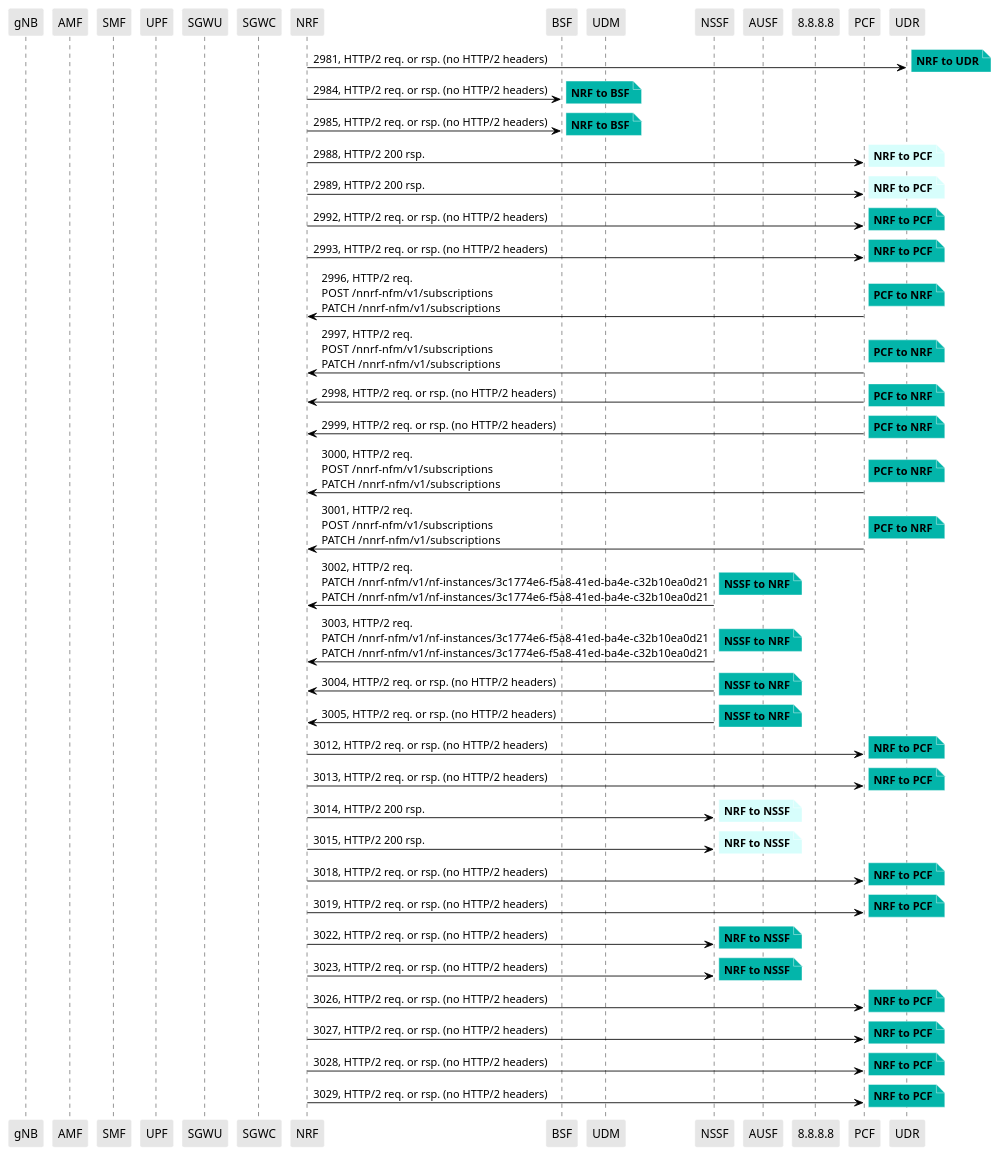
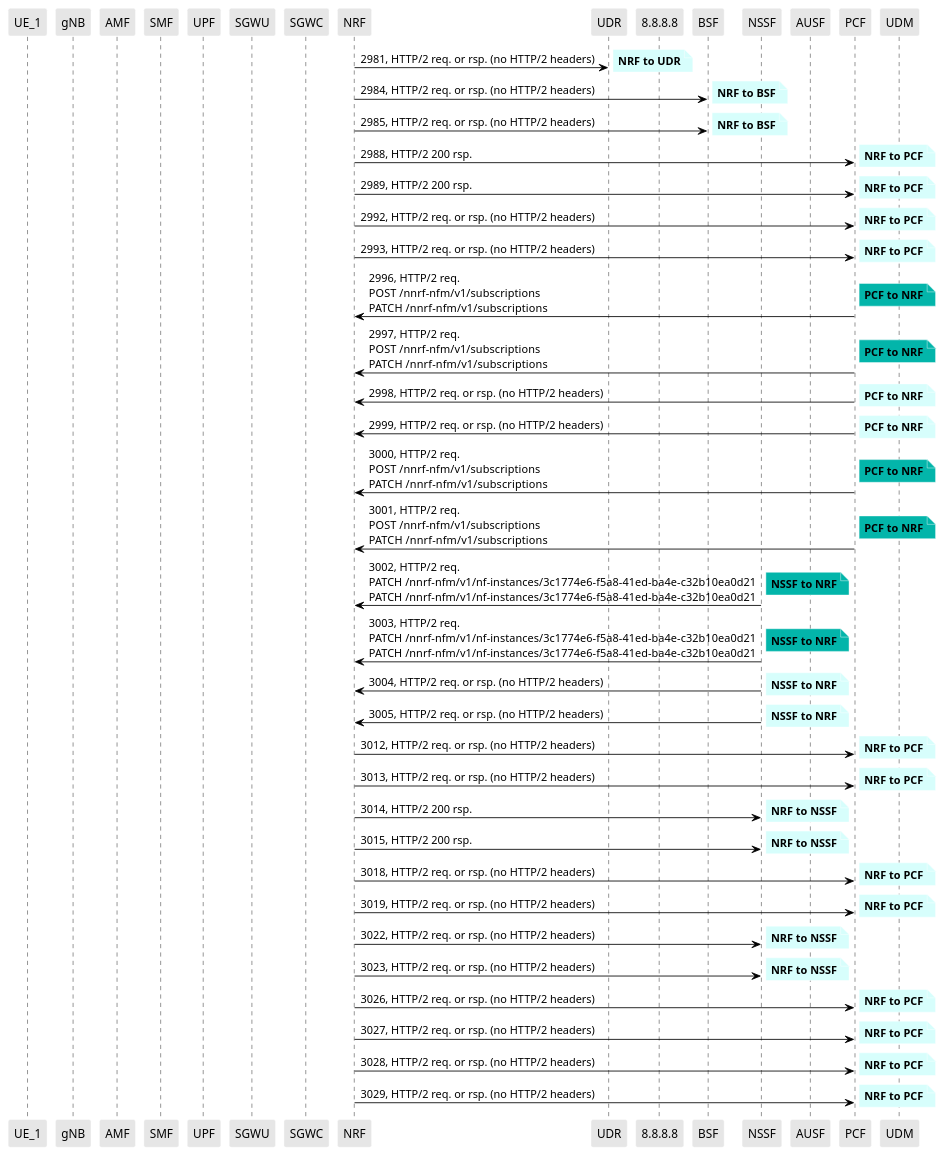
The diagram in PCAPS/Core/ns_full_start_one_OS_007.puml (lilyhuegerich/5G), drawn with PlantUML before and after one commit. The commit also changed 19 other files, not shown here.

```diff
--- a/PCAPS/Core/ns_full_start_one_OS_007.puml
+++ b/PCAPS/Core/ns_full_start_one_OS_007.puml
@@ -8,6 +8,7 @@
     ParticipantBorderColor white
     ParticipantBackgroundColor #e6e6e6
 }
+participant "UE_1"
 participant "gNB"
 participant "AMF"
 participant "SMF"
@@ -15,29 +16,29 @@
 participant "SGWU"
 participant "SGWC"
 participant "NRF"
+participant "UDR"
+participant "8.8.8.8"
 participant "BSF"
-participant "UDM"
 participant "NSSF"
 participant "AUSF"
-participant "8.8.8.8"
 participant "PCF"
-participant "UDR"
+participant "UDM"
 
 "NRF" -> "UDR": 2981, HTTP/2 req. or rsp. (no HTTP/2 headers)
 
-note right #03B5AA
+note right #D7FEFC
 **NRF to UDR**
 end note
 
 "NRF" -> "BSF": 2984, HTTP/2 req. or rsp. (no HTTP/2 headers)
 
-note right #03B5AA
+note right #D7FEFC
 **NRF to BSF**
 end note
 
 "NRF" -> "BSF": 2985, HTTP/2 req. or rsp. (no HTTP/2 headers)
 
-note right #03B5AA
+note right #D7FEFC
 **NRF to BSF**
 end note
 
@@ -55,13 +56,13 @@
 
 "NRF" -> "PCF": 2992, HTTP/2 req. or rsp. (no HTTP/2 headers)
 
-note right #03B5AA
+note right #D7FEFC
 **NRF to PCF**
 end note
 
 "NRF" -> "PCF": 2993, HTTP/2 req. or rsp. (no HTTP/2 headers)
 
-note right #03B5AA
+note right #D7FEFC
 **NRF to PCF**
 end note
 
@@ -79,13 +80,13 @@
 
 "PCF" -> "NRF": 2998, HTTP/2 req. or rsp. (no HTTP/2 headers)
 
-note right #03B5AA
+note right #D7FEFC
 **PCF to NRF**
 end note
 
 "PCF" -> "NRF": 2999, HTTP/2 req. or rsp. (no HTTP/2 headers)
 
-note right #03B5AA
+note right #D7FEFC
 **PCF to NRF**
 end note
 
@@ -115,25 +116,25 @@
 
 "NSSF" -> "NRF": 3004, HTTP/2 req. or rsp. (no HTTP/2 headers)
 
-note right #03B5AA
+note right #D7FEFC
 **NSSF to NRF**
 end note
 
 "NSSF" -> "NRF": 3005, HTTP/2 req. or rsp. (no HTTP/2 headers)
 
-note right #03B5AA
+note right #D7FEFC
 **NSSF to NRF**
 end note
 
 "NRF" -> "PCF": 3012, HTTP/2 req. or rsp. (no HTTP/2 headers)
 
-note right #03B5AA
+note right #D7FEFC
 **NRF to PCF**
 end note
 
 "NRF" -> "PCF": 3013, HTTP/2 req. or rsp. (no HTTP/2 headers)
 
-note right #03B5AA
+note right #D7FEFC
 **NRF to PCF**
 end note
 
@@ -151,49 +152,49 @@
 
 "NRF" -> "PCF": 3018, HTTP/2 req. or rsp. (no HTTP/2 headers)
 
-note right #03B5AA
+note right #D7FEFC
 **NRF to PCF**
 end note
 
 "NRF" -> "PCF": 3019, HTTP/2 req. or rsp. (no HTTP/2 headers)
 
-note right #03B5AA
+note right #D7FEFC
 **NRF to PCF**
 end note
 
 "NRF" -> "NSSF": 3022, HTTP/2 req. or rsp. (no HTTP/2 headers)
 
-note right #03B5AA
+note right #D7FEFC
 **NRF to NSSF**
 end note
 
 "NRF" -> "NSSF": 3023, HTTP/2 req. or rsp. (no HTTP/2 headers)
 
-note right #03B5AA
+note right #D7FEFC
 **NRF to NSSF**
 end note
 
 "NRF" -> "PCF": 3026, HTTP/2 req. or rsp. (no HTTP/2 headers)
 
-note right #03B5AA
+note right #D7FEFC
 **NRF to PCF**
 end note
 
 "NRF" -> "PCF": 3027, HTTP/2 req. or rsp. (no HTTP/2 headers)
 
-note right #03B5AA
+note right #D7FEFC
 **NRF to PCF**
 end note
 
 "NRF" -> "PCF": 3028, HTTP/2 req. or rsp. (no HTTP/2 headers)
 
-note right #03B5AA
+note right #D7FEFC
 **NRF to PCF**
 end note
 
 "NRF" -> "PCF": 3029, HTTP/2 req. or rsp. (no HTTP/2 headers)
 
-note right #03B5AA
+note right #D7FEFC
 **NRF to PCF**
 end note
 
```
